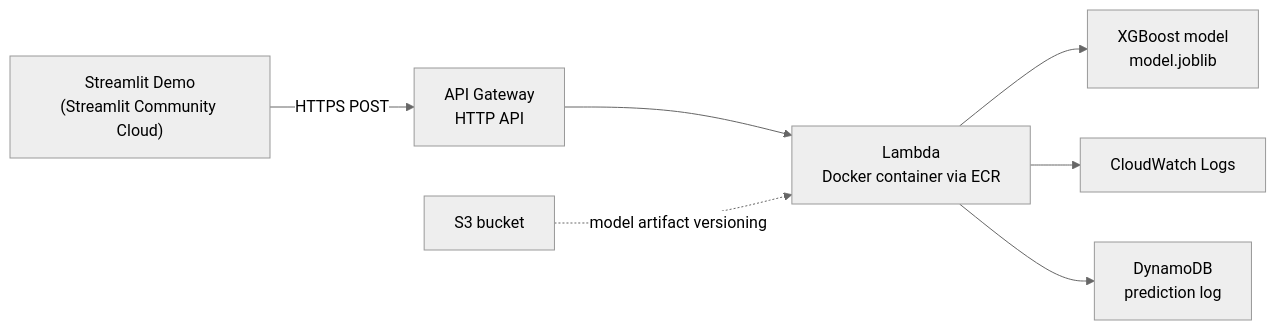
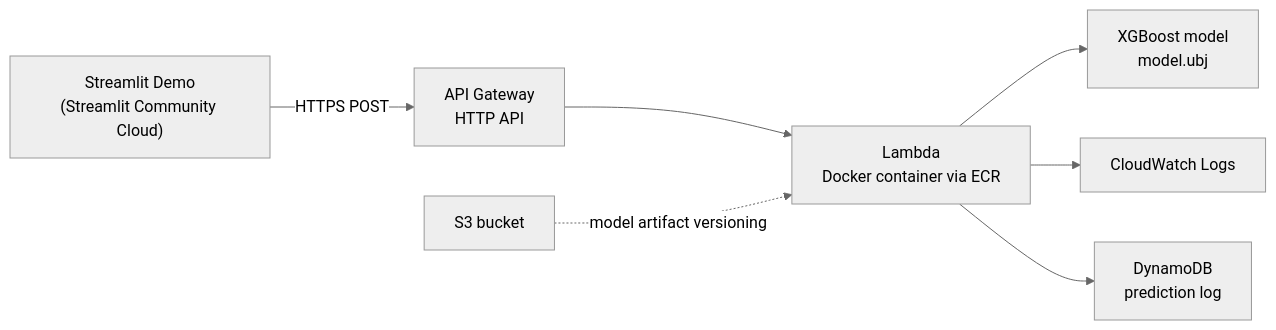
One commit to Abhinav-Tadi/ecommerce-fraud-triage-api changed the diagram in README.md. Above: the diagram before and after it, drawn with Mermaid (neutral theme). The commit also changed other lines of this file and 1 other file, not shown here.

````diff
--- a/README.md
+++ b/README.md
@@ -25,9 +25,9 @@
 ```mermaid
 flowchart LR
     A["Streamlit Demo\n(Streamlit Community Cloud)"] -->|HTTPS POST| B["API Gateway\nHTTP API"]
     B --> C["Lambda\nDocker container via ECR"]
-    C --> D["XGBoost model\nmodel.joblib"]
+    C --> D["XGBoost model\nmodel.ubj"]
     C --> E["CloudWatch Logs"]
     C --> F["DynamoDB\nprediction log"]
     G["S3 bucket"] -.->|model artifact versioning| C
 ```
````
